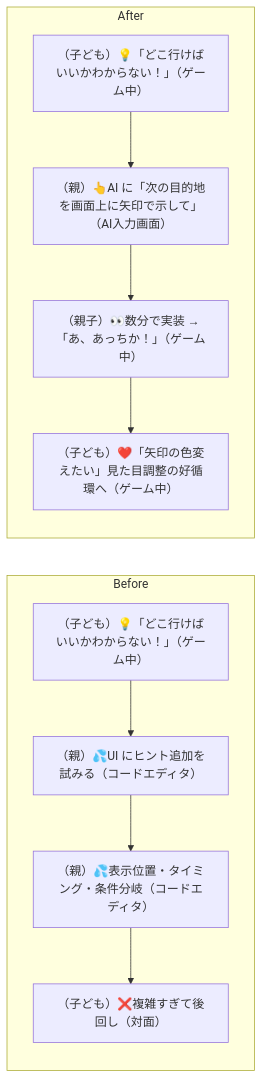
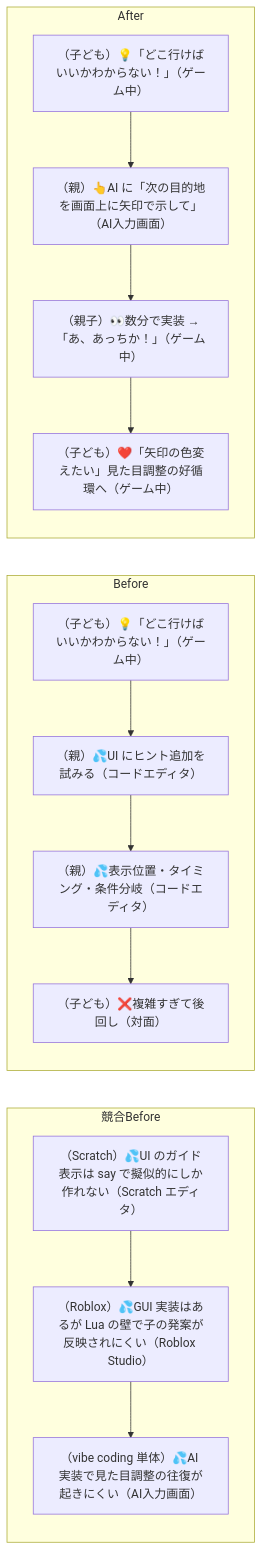
One commit to tatsuro-ueda/code-quest-pyxel changed diagram 15 of 42 in docs/customer-journeys.md. Above: the diagram before and after it, drawn with Mermaid. The commit also changed other lines of this file, not shown here.

````diff
--- a/docs/customer-journeys.md
+++ b/docs/customer-journeys.md
@@ -465,15 +500,20 @@
 ```mermaid
 flowchart LR
+    subgraph Competitor["競合Before"]
+        C1[（Scratch）💦UI のガイド表示は say で擬似的にしか作れない（Scratch エディタ）]
+        C1 --> C2[（Roblox）💦GUI 実装はあるが Lua の壁で子の発案が反映されにくい（Roblox Studio）]
+        C2 --> C3[（vibe coding 単体）💦AI 実装で見た目調整の往復が起きにくい（AI入力画面）]
+    end
     subgraph Before["Before"]
         B1[（子ども）💡「どこ行けばいいかわからない！」（ゲーム中）]
         B1 --> B2[（親）💦UI にヒント追加を試みる（コードエディタ）]
         B2 --> B3[（親）💦表示位置・タイミング・条件分岐（コードエディタ）]
         B3 --> B4[（子ども）❌複雑すぎて後回し（対面）]
     end
     subgraph After["After"]
         A1[（子ども）💡「どこ行けばいいかわからない！」（ゲーム中）]
         A1 --> A2[（親）👆AI に「次の目的地を画面上に矢印で示して」（AI入力画面）]
         A2 --> A3[（親子）👀数分で実装 →「あ、あっちか！」（ゲーム中）]
         A3 --> A4[（子ども）❤️「矢印の色変えたい」見た目調整の好循環へ（ゲーム中）]
     end
 ```
````
